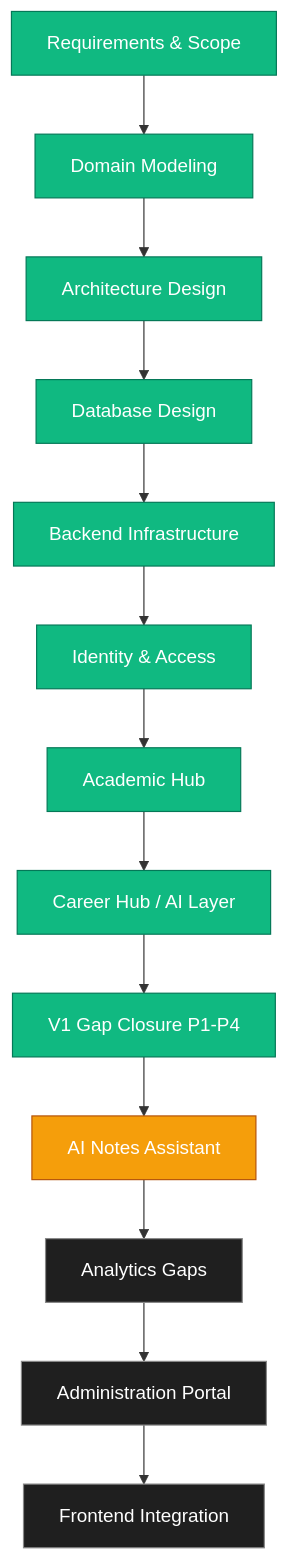
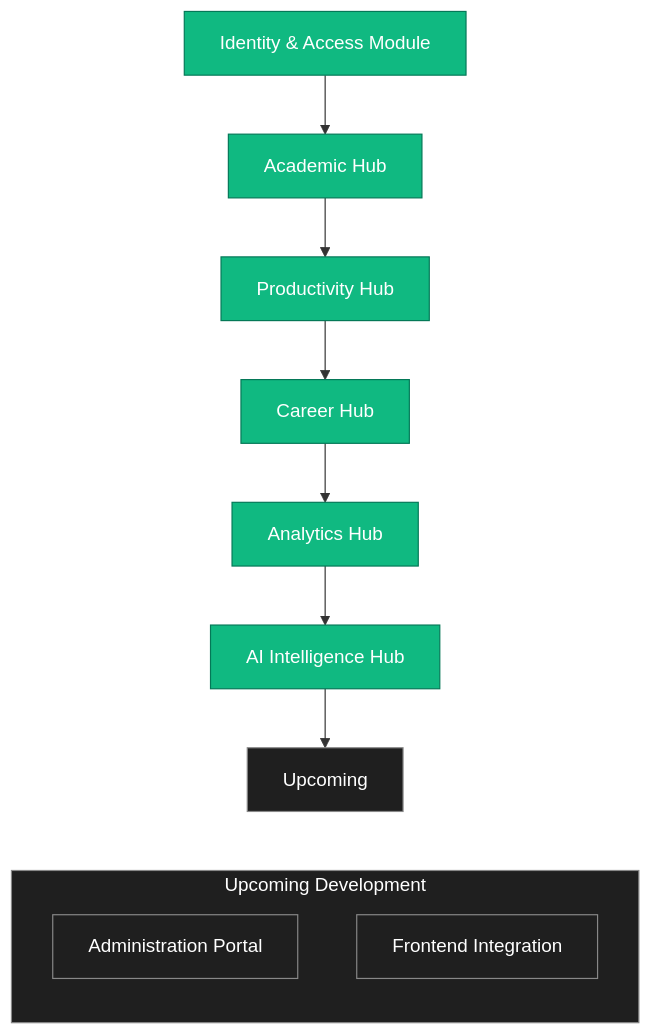
One commit to sufiyanshaikh06/integrum changed diagram 11 of 11 in PROJECT_PROGRESS.md. Above: the diagram before and after it, drawn with Mermaid. The commit also changed other lines of this file, not shown here.

Commit message:
docs: restore original PROJECT_PROGRESS.md and append Section 6 for V1 gap closure (P1-P5)

````diff
--- a/PROJECT_PROGRESS.md
+++ b/PROJECT_PROGRESS.md
@@ -225,29 +350,32 @@
 ```mermaid
 flowchart TD
-    A[Requirements & Scope] --> B[Domain Modeling]
-    B --> C[Architecture Design]
-    C --> D[Database Design]
-    D --> E[Backend Infrastructure]
-    E --> F[Identity & Access]
-    F --> G[Academic Hub]
-    G --> H[Career Hub / AI Layer]
-    H --> I[V1 Gap Closure P1-P4]
-    I --> J[AI Notes Assistant]
-    J --> K[Analytics Gaps]
-    K --> L[Administration Portal]
-    L --> M[Frontend Integration]
+    A[Identity & Access Module] --> B[Academic Hub]
+    B --> C[Productivity Hub]
+    C --> D[Career Hub]
+    D --> E[Analytics Hub]
+    E --> F[AI Intelligence Hub]
+    F --> I[Upcoming]
+
+    subgraph UpcomingDevelopment["Upcoming Development"]
+        direction TD
+        G[Administration Portal]
+        H[Frontend Integration]
+    end
+
+    %% Force Upcoming Development below the completed flow
+    I ~~~ G
 
     style A fill:#10b981,stroke:#047857,color:#fff
     style B fill:#10b981,stroke:#047857,color:#fff
     style C fill:#10b981,stroke:#047857,color:#fff
     style D fill:#10b981,stroke:#047857,color:#fff
     style E fill:#10b981,stroke:#047857,color:#fff
     style F fill:#10b981,stroke:#047857,color:#fff
-    style G fill:#10b981,stroke:#047857,color:#fff
-    style H fill:#10b981,stroke:#047857,color:#fff
-    style I fill:#10b981,stroke:#047857,color:#fff
-    style J fill:#f59e0b,stroke:#b45309,color:#fff
-    style K fill:#1f1f1f,stroke:#888,color:#fff
-    style L fill:#1f1f1f,stroke:#888,color:#fff
-    style M fill:#1f1f1f,stroke:#888,color:#fff
+
+    style I fill:#1f1f1f,stroke:#888,color:#fff
+
+    style G fill:#1f1f1f,stroke:#888,color:#fff
+    style H fill:#1f1f1f,stroke:#888,color:#fff
+
+    style UpcomingDevelopment fill:#1f1f1f,stroke:#888,color:#fff
 ```
````
